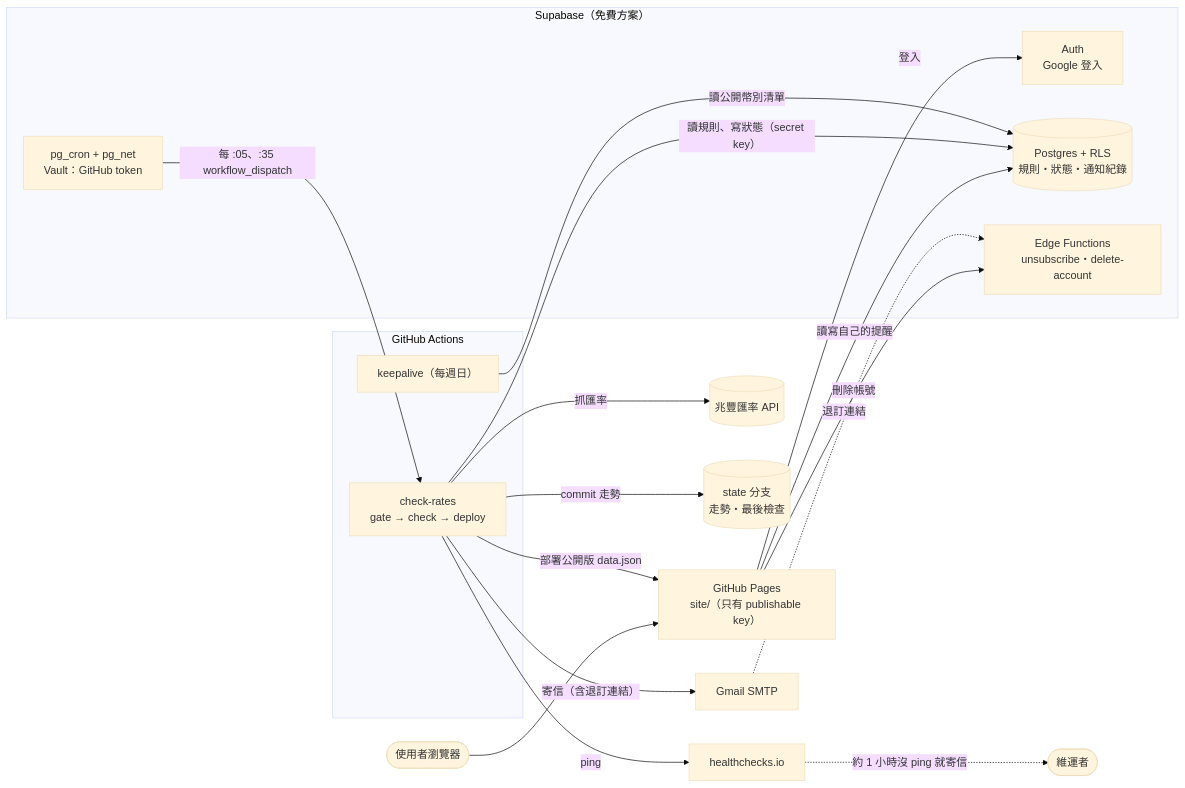
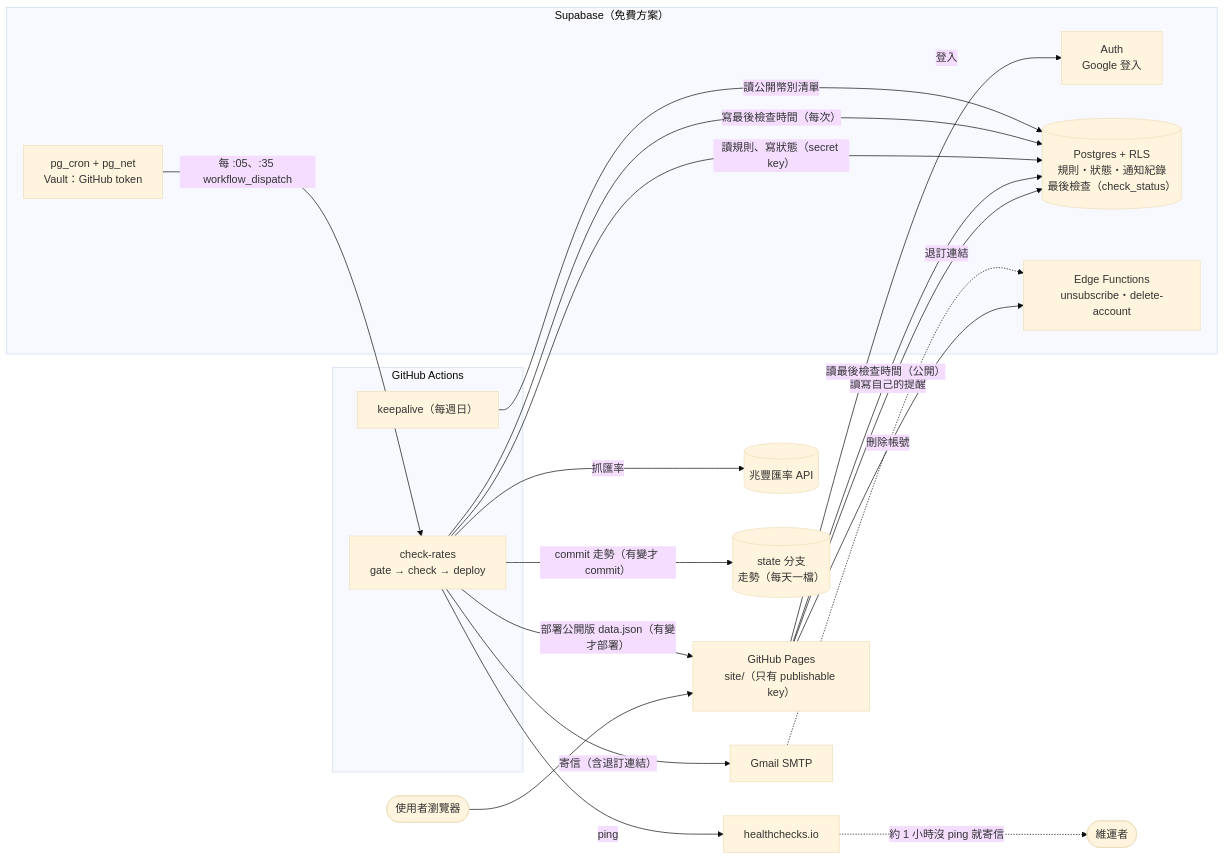
The diagram in README.md (XYSMR/fx-alert), drawn with Mermaid (base theme) before and after one commit. The commit also changed other lines of this file and 16 other files, not shown here.

First line of the commit message:
最後檢查時間寫到 Supabase check_status；資料有變才 commit／部署；走勢改成每天一檔

````diff
--- a/README.md
+++ b/README.md
@@ -69,35 +69,37 @@
 ```mermaid
 flowchart LR
   user([使用者瀏覽器])
   pages["GitHub Pages<br/>site/（只有 publishable key）"]
   subgraph supa["Supabase（免費方案）"]
     auth["Auth<br/>Google 登入"]
-    db[("Postgres + RLS<br/>規則・狀態・通知紀錄")]
+    db[("Postgres + RLS<br/>規則・狀態・通知紀錄<br/>最後檢查（check_status）")]
     fn["Edge Functions<br/>unsubscribe・delete-account"]
     cron["pg_cron + pg_net<br/>Vault：GitHub token"]
   end
   subgraph gha["GitHub Actions"]
     check["check-rates<br/>gate → check → deploy"]
     keep["keepalive（每週日）"]
   end
   mega[("兆豐匯率 API")]
   gmail["Gmail SMTP"]
   hc["healthchecks.io"]
-  state[("state 分支<br/>走勢・最後檢查")]
+  state[("state 分支<br/>走勢（每天一檔）")]
   admin([維運者])
 
   user --> pages
   pages -- "登入" --> auth
   pages -- "讀寫自己的提醒" --> db
   pages -- "刪除帳號" --> fn
+  pages -- "讀最後檢查時間（公開）" --> db
   cron -- "每 :05、:35 workflow_dispatch" --> check
   check -- "抓匯率" --> mega
   check -- "讀規則、寫狀態（secret key）" --> db
   check -- "寄信（含退訂連結）" --> gmail
-  check -- "commit 走勢" --> state
-  check -- "部署公開版 data.json" --> pages
+  check -- "寫最後檢查時間（每次）" --> db
+  check -- "commit 走勢（有變才 commit）" --> state
+  check -- "部署公開版 data.json（有變才部署）" --> pages
   check -- "ping" --> hc
   gmail -. "退訂連結" .-> fn
   keep -- "讀公開幣別清單" --> db
   hc -. "約 1 小時沒 ping 就寄信" .-> admin
 ```
````
